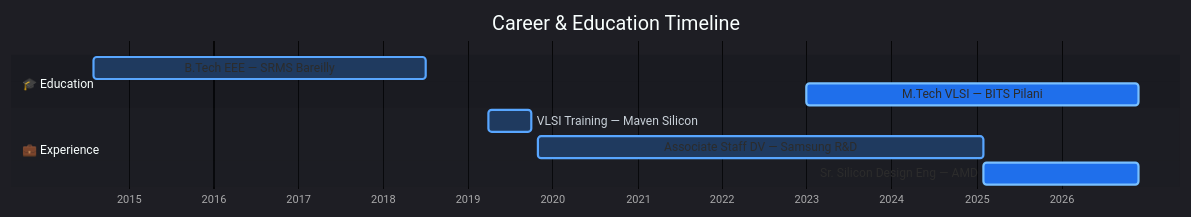
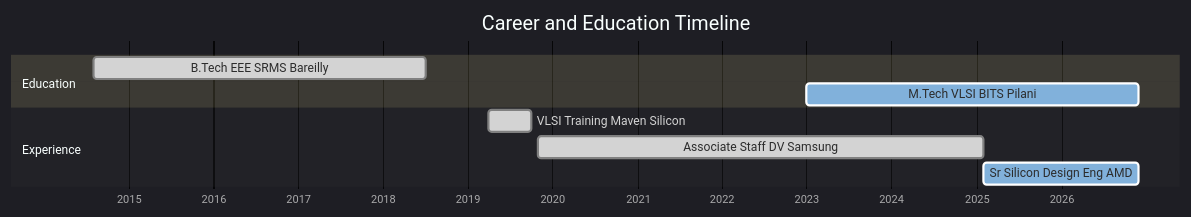
The fourth of 4 diagrams in README.md (themanmakerX/themanmakerX), drawn with Mermaid before and after one commit. The commit also changed other lines of this file, not shown here.

First line of the commit message:
Refine titles and data in README mermaid charts

````diff
--- a/README.md
+++ b/README.md
@@ -152,14 +152,14 @@
 ```mermaid
-%%{init: {'theme': 'dark', 'themeVariables': {'primaryColor': '#1f3a5f', 'primaryBorderColor': '#58a6ff', 'primaryTextColor': '#c9d1d9', 'secondaryColor': '#112240', 'tertiaryColor': '#0d1117', 'sectionBkgColor': '#0d1117', 'altSectionBkgColor': '#161b22', 'gridColor': '#21262d', 'doneTaskBkgColor': '#1f3a5f', 'doneTaskBorderColor': '#58a6ff', 'activeTaskBkgColor': '#1f6feb', 'activeTaskBorderColor': '#79c0ff', 'taskTextColor': '#c9d1d9', 'taskTextOutsideColor': '#c9d1d9', 'taskTextLightColor': '#e6edf3'}}}%%
+%%{init: {'theme': 'dark'}}%%
 gantt
-  title Career & Education Timeline
+  title Career and Education Timeline
   dateFormat YYYY-MM
   axisFormat %Y
-  section 🎓 Education
-    B.Tech EEE — SRMS Bareilly       :done,    edu1, 2014-08, 2018-07
-    M.Tech VLSI — BITS Pilani        :active,  edu2, 2023-01, 2026-12
-  section 💼 Experience
-    VLSI Training — Maven Silicon    :done,    exp1, 2019-04, 2019-10
-    Associate Staff DV — Samsung R&D :done,    exp2, 2019-11, 2025-02
-    Sr. Silicon Design Eng — AMD     :active,  exp3, 2025-02, 2026-12
+  section Education
+    B.Tech EEE SRMS Bareilly      :done,    edu1, 2014-08, 2018-07
+    M.Tech VLSI BITS Pilani       :active,  edu2, 2023-01, 2026-12
+  section Experience
+    VLSI Training Maven Silicon   :done,    exp1, 2019-04, 2019-10
+    Associate Staff DV Samsung    :done,    exp2, 2019-11, 2025-02
+    Sr Silicon Design Eng AMD     :active,  exp3, 2025-02, 2026-12
 ```
````
